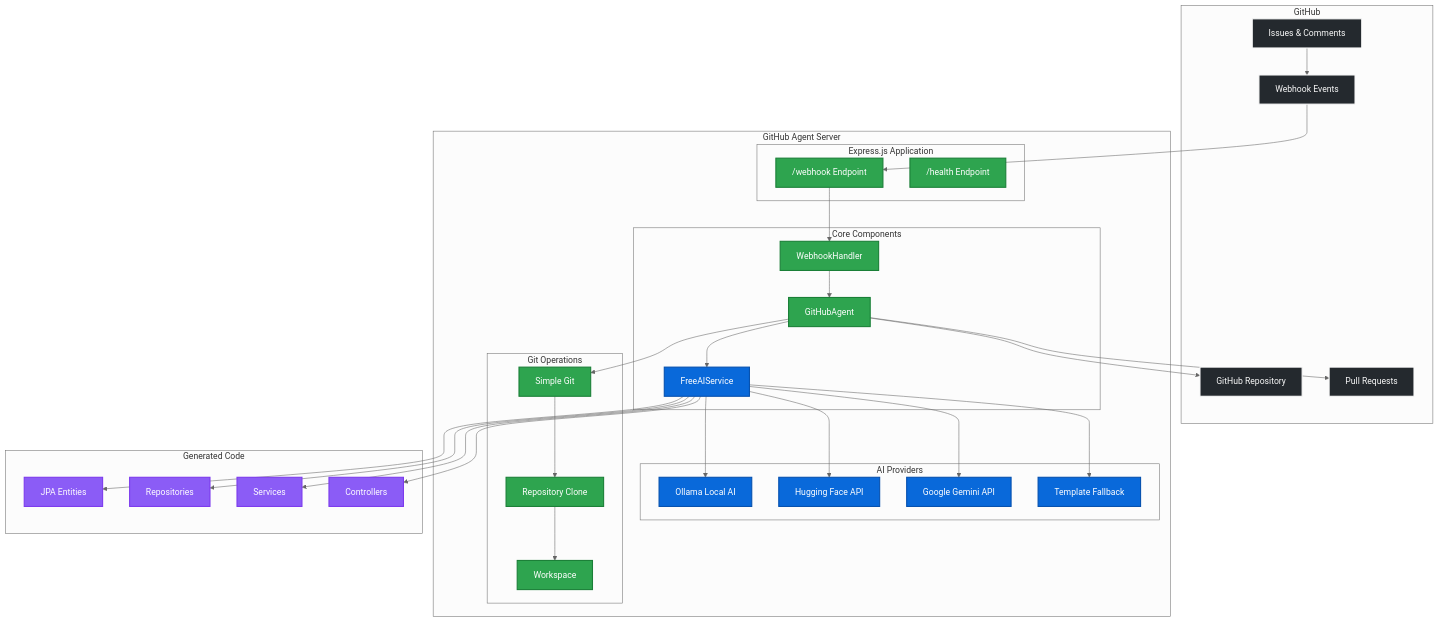
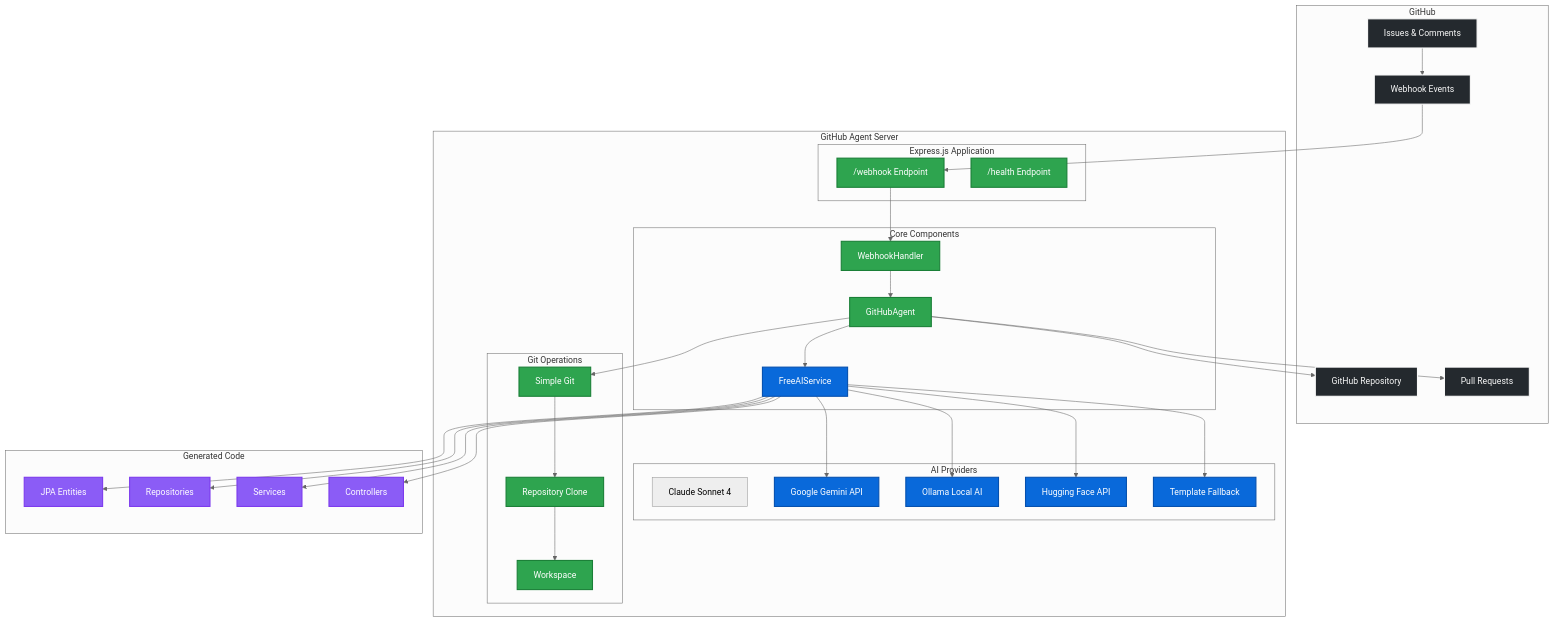
Before and after one commit to udayakumarreddyv/githubagent: the first of 4 diagrams in README.md, drawn with Mermaid (neutral theme). The commit also changed other lines of this file and 7 other files, not shown here.

````diff
--- a/README.md
+++ b/README.md
@@ -22,81 +22,82 @@
 ```mermaid
 graph TB
     subgraph "GitHub"
         GH[GitHub Repository]
         WH[Webhook Events]
         ISS[Issues & Comments]
         PR[Pull Requests]
     end
     
     subgraph "GitHub Agent Server"
         subgraph "Express.js Application"
             EP["/webhook Endpoint"]
             HC["/health Endpoint"]
         end
         
         subgraph "Core Components"
             WHandler[WebhookHandler]
             GAgent[GitHubAgent]
             AIService[FreeAIService]
         end
         
         subgraph "AI Providers"
+            CLAUDE[Claude Sonnet 4]
+            GEM[Google Gemini API]
             OLL[Ollama Local AI]
             HF[Hugging Face API]
-            GEM[Google Gemini API]
             TEMP[Template Fallback]
         end
         
         subgraph "Git Operations"
             SG[Simple Git]
             WS[Workspace]
             CLONE[Repository Clone]
         end
     end
     
     subgraph "Generated Code"
         ENT[JPA Entities]
         REPO[Repositories]
         SERV[Services]
         CTRL[Controllers]
     end
     
     %% Workflow connections
     ISS --> WH
     WH --> EP
     EP --> WHandler
     WHandler --> GAgent
     GAgent --> AIService
     
     %% AI Service connections
     AIService --> OLL
     AIService --> HF
     AIService --> GEM
     AIService --> TEMP
     
     %% Git operations
     GAgent --> SG
     SG --> CLONE
     CLONE --> WS
     
     %% Code generation
     AIService --> ENT
     AIService --> REPO
     AIService --> SERV
     AIService --> CTRL
     
     %% Back to GitHub
     GAgent --> PR
     GAgent --> GH
     
     %% Styling
     classDef github fill:#24292e,stroke:#f9f9f9,stroke-width:2px,color:#f9f9f9
     classDef server fill:#2ea44f,stroke:#1a7f37,stroke-width:2px,color:#fff
     classDef ai fill:#0969da,stroke:#0550ae,stroke-width:2px,color:#fff
     classDef code fill:#8b5cf6,stroke:#7c3aed,stroke-width:2px,color:#fff
     
     class GH,WH,ISS,PR github
     class EP,HC,WHandler,GAgent,SG,WS,CLONE server
     class AIService,OLL,HF,GEM,TEMP ai
     class ENT,REPO,SERV,CTRL code
 ```
````
